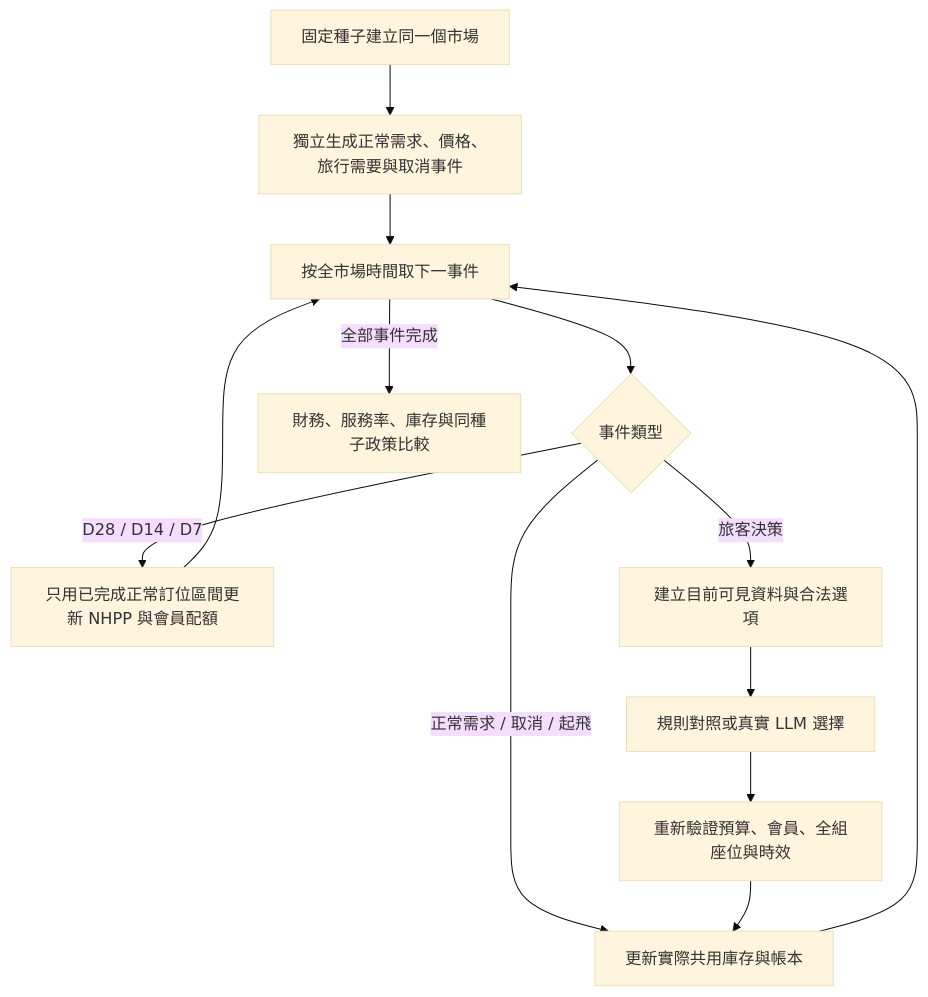
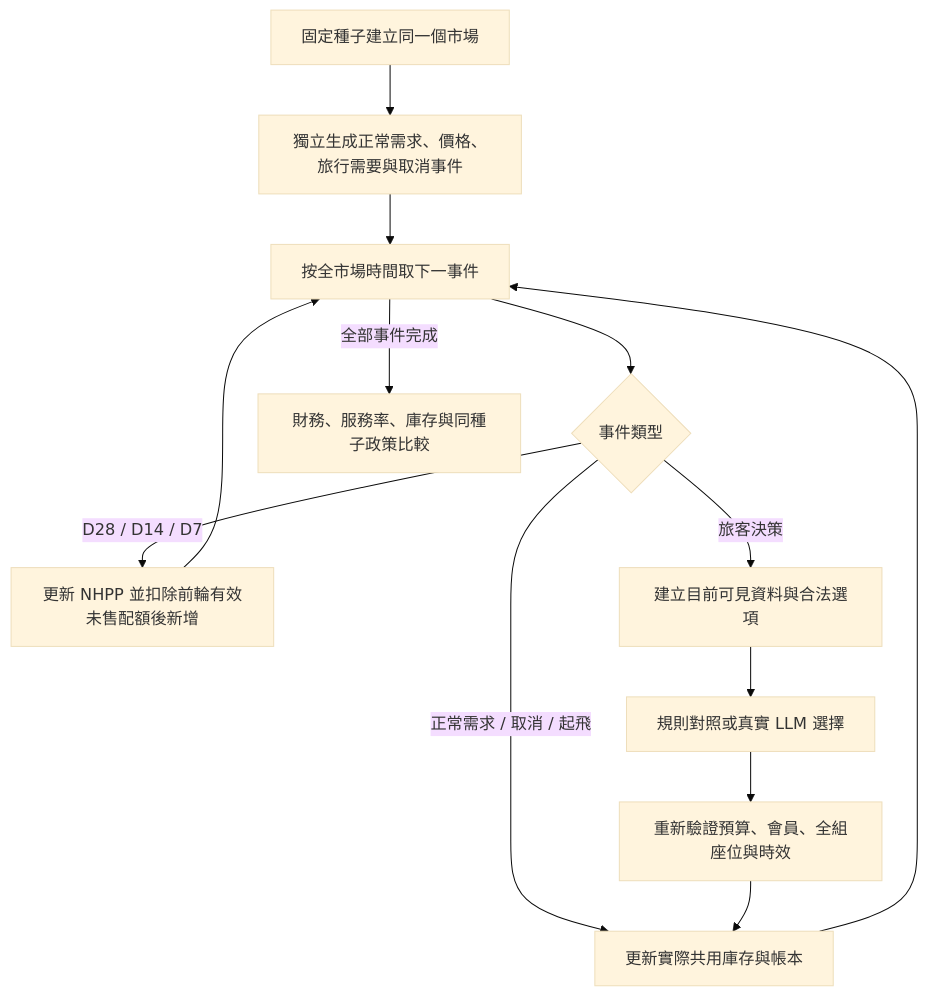
The diagram in docs/SHARED_MARKET.md (Horse-MA00/E117-AirplaneCPU), drawn with Mermaid (base theme) before and after one commit. The commit also changed other lines of this file and 33 other files, not shown here.

````diff
--- a/docs/SHARED_MARKET.md
+++ b/docs/SHARED_MARKET.md
@@ -15,15 +15,15 @@
 ```mermaid
 flowchart TD
   A[固定種子建立同一個市場] --> B[獨立生成正常需求、價格、旅行需要與取消事件]
   B --> C[按全市場時間取下一事件]
   C --> D{事件類型}
-  D -->|D28 / D14 / D7| E[只用已完成正常訂位區間更新 NHPP 與會員配額]
+  D -->|D28 / D14 / D7| E[更新 NHPP 並扣除前輪有效未售配額後新增]
   D -->|正常需求 / 取消 / 起飛| F[更新實際共用庫存與帳本]
   D -->|旅客決策| G[建立目前可見資料與合法選項]
   G --> H[規則對照或真實 LLM 選擇]
   H --> I[重新驗證預算、會員、全組座位與時效]
   I --> F
   E --> C
   F --> C
   C -->|全部事件完成| J[財務、服務率、庫存與同種子政策比較]
 ```
````
